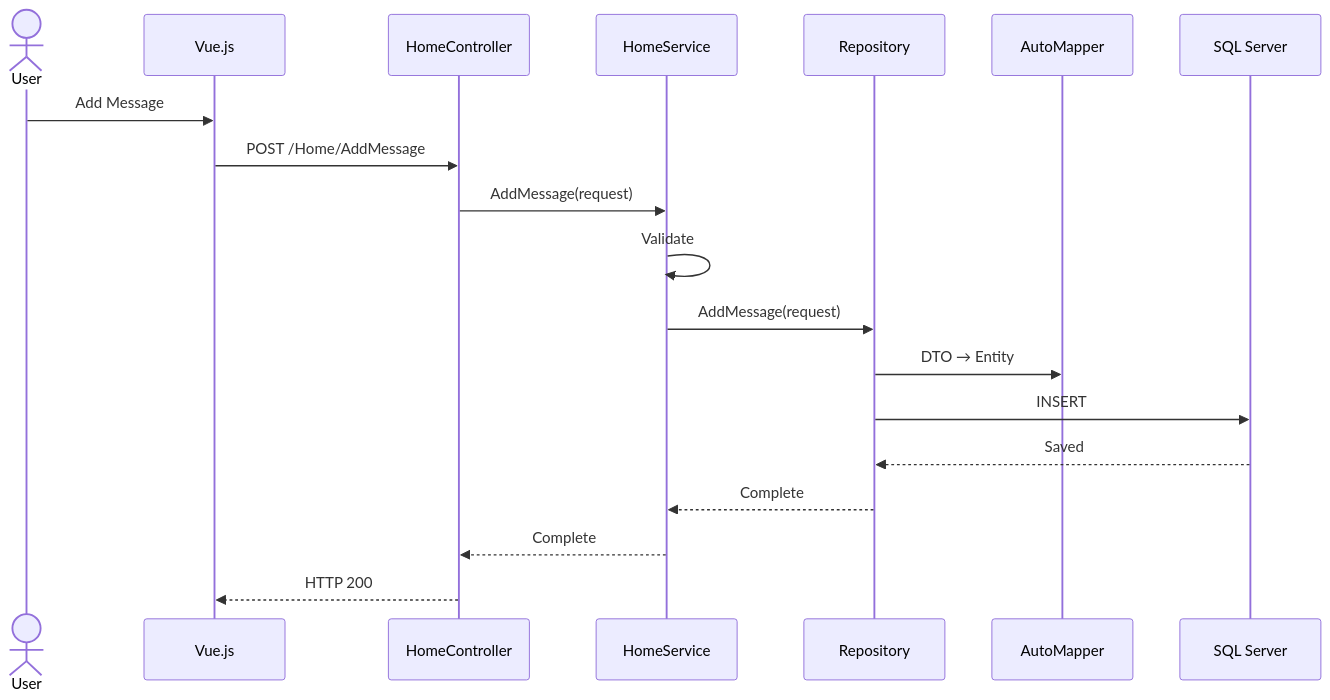
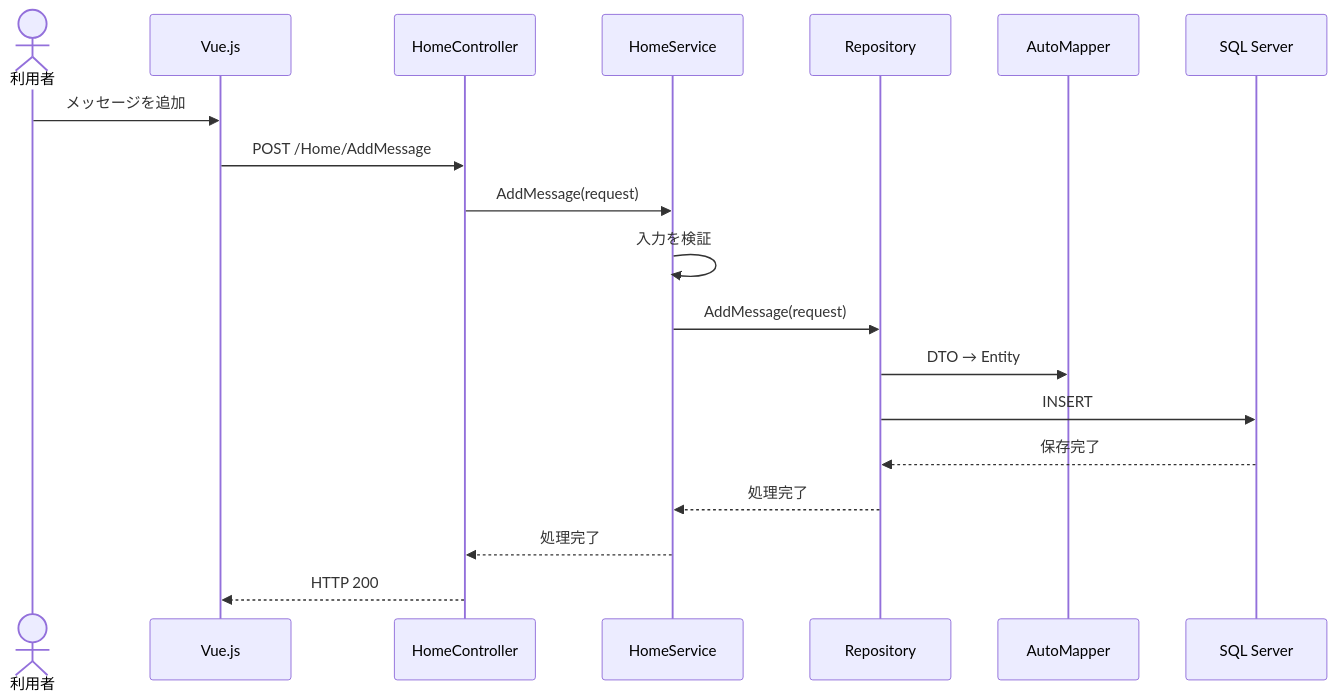
The third of 4 diagrams in README.ja.md (lemonwasp/dotnet-study), drawn with Mermaid before and after one commit. The commit also changed other lines of this file, not shown here.

````diff
--- a/README.ja.md
+++ b/README.ja.md
@@ -241,22 +241,22 @@
 ```mermaid
 sequenceDiagram
-    actor User
+    actor User as 利用者
     participant Vue as Vue.js
     participant Controller as HomeController
     participant Service as HomeService
     participant Repository as Repository
     participant Mapper as AutoMapper
     participant DB as SQL Server
 
-    User->>Vue: Add Message
+    User->>Vue: メッセージを追加
     Vue->>Controller: POST /Home/AddMessage
     Controller->>Service: AddMessage(request)
-    Service->>Service: Validate
+    Service->>Service: 入力を検証
     Service->>Repository: AddMessage(request)
     Repository->>Mapper: DTO → Entity
     Repository->>DB: INSERT
-    DB-->>Repository: Saved
-    Repository-->>Service: Complete
-    Service-->>Controller: Complete
+    DB-->>Repository: 保存完了
+    Repository-->>Service: 処理完了
+    Service-->>Controller: 処理完了
     Controller-->>Vue: HTTP 200
 ```
````
